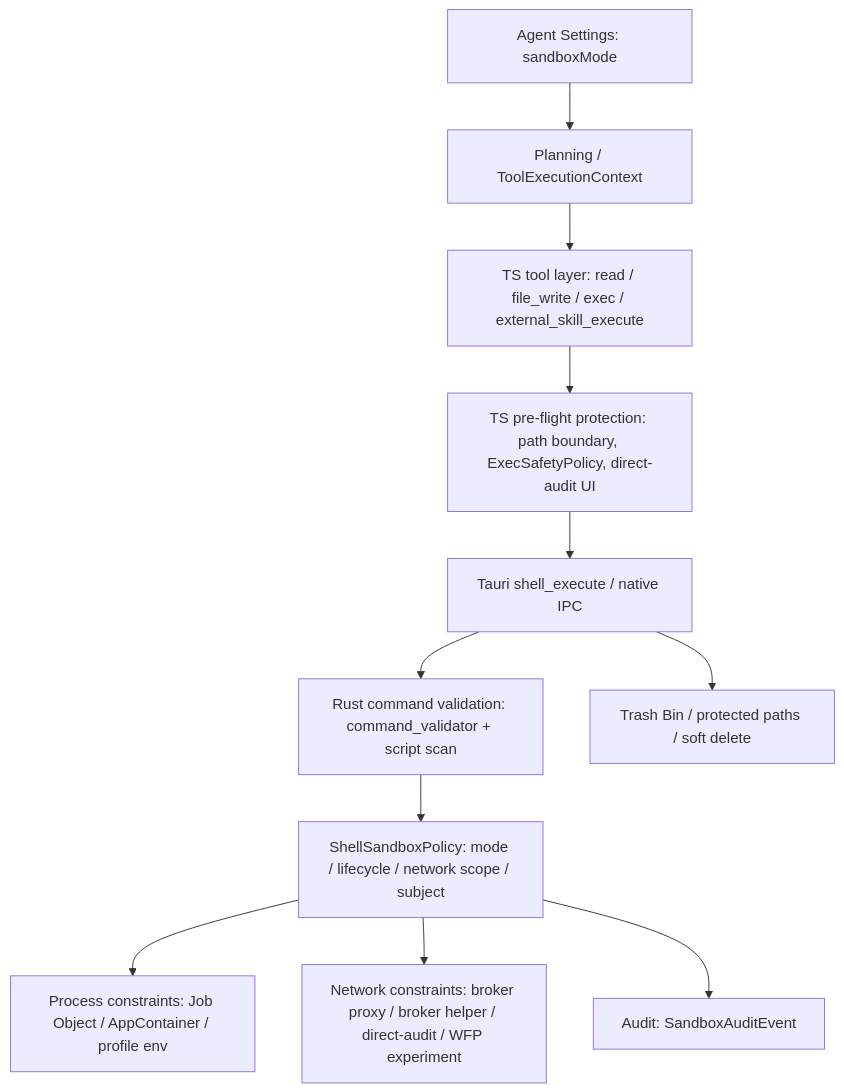
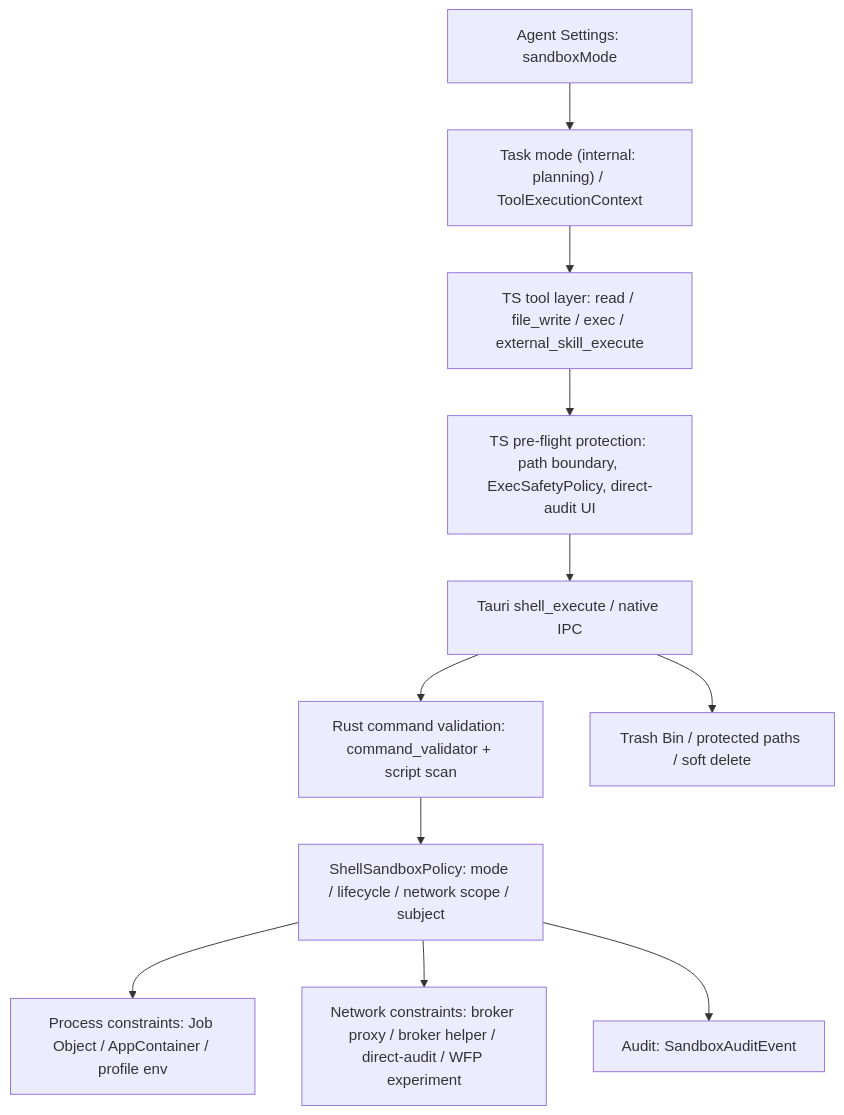
The diagram in docs/AgentVis docs/AgentVis Sandbox Mechanism Feature Documentation.en.md (Muulor/AgentVis), drawn with Mermaid before and after one commit. The commit also changed other lines of this file and 27 other files, not shown here.

Commit message:
chore/Renamed the user-facing Planning mode to Task

````diff
--- a/docs/AgentVis docs/AgentVis Sandbox Mechanism Feature Documentation.en.md
+++ b/docs/AgentVis docs/AgentVis Sandbox Mechanism Feature Documentation.en.md
@@ -57,13 +59,13 @@
 ```mermaid
 flowchart TD
-  A["Agent Settings: sandboxMode"] --> B["Planning / ToolExecutionContext"]
+  A["Agent Settings: sandboxMode"] --> B["Task mode (internal: planning) / ToolExecutionContext"]
   B --> C["TS tool layer: read / file_write / exec / external_skill_execute"]
   C --> D["TS pre-flight protection: path boundary, ExecSafetyPolicy, direct-audit UI"]
   D --> E["Tauri shell_execute / native IPC"]
   E --> F["Rust command validation: command_validator + script scan"]
   F --> G["ShellSandboxPolicy: mode / lifecycle / network scope / subject"]
   G --> H["Process constraints: Job Object / AppContainer / profile env"]
   G --> I["Network constraints: broker proxy / broker helper / direct-audit / WFP experiment"]
   G --> J["Audit: SandboxAuditEvent"]
   E --> K["Trash Bin / protected paths / soft delete"]
 ```
````
